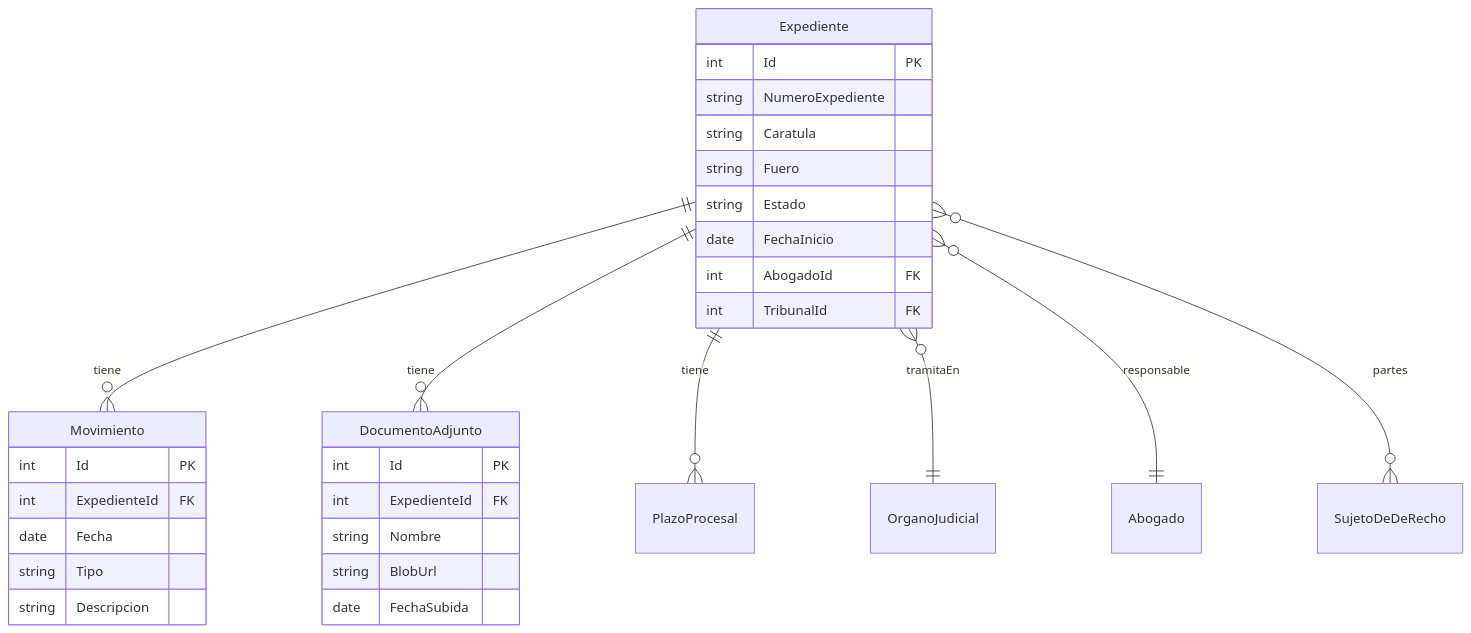
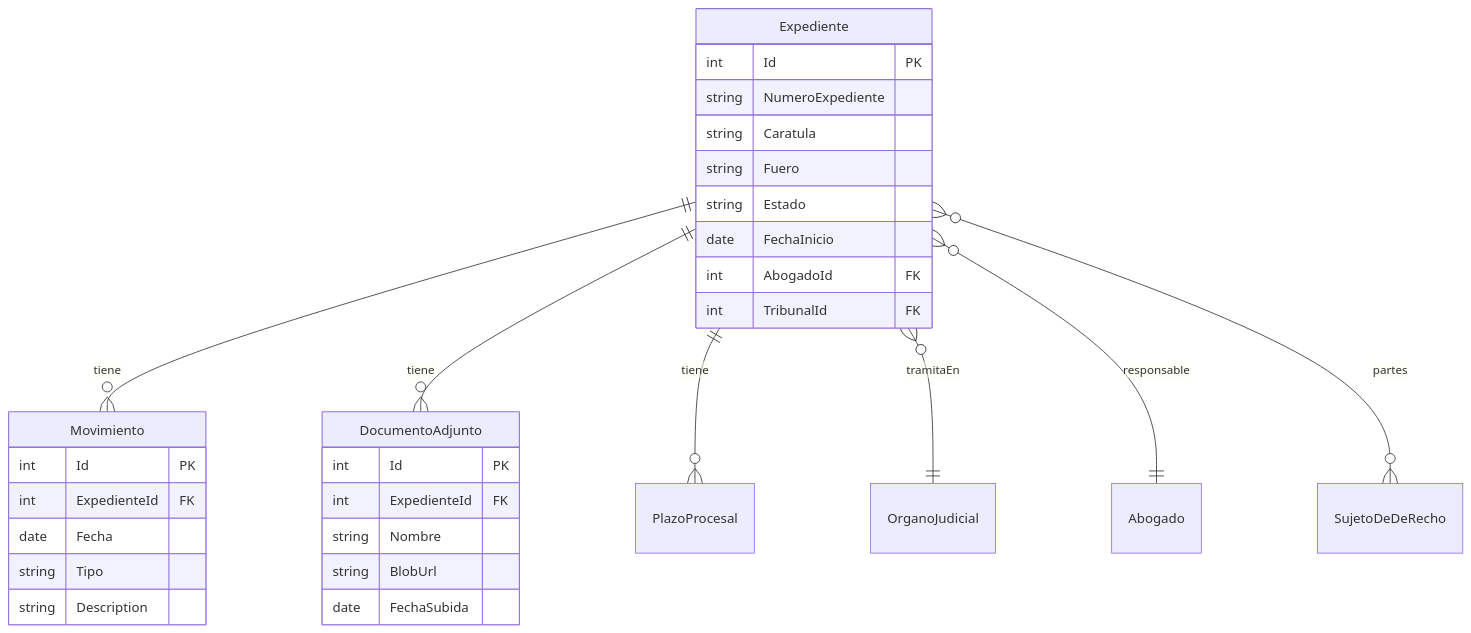
Before and after one commit to pablonux/legal-ai-ar: the diagram in docs/roadmap/F12 - Case File Management/F12 - W01 - Comprehensive Documentation.md, drawn with Mermaid. The commit also changed other lines of this file and 173 other files, not shown here.

````diff
--- a/docs/roadmap/F12 - Case File Management/F12 - W01 - Comprehensive Documentation.md
+++ b/docs/roadmap/F12 - Case File Management/F12 - W01 - Comprehensive Documentation.md
@@ -18,34 +18,34 @@
 ```mermaid
 erDiagram
     Expediente ||--o{ Movimiento : tiene
     Expediente ||--o{ DocumentoAdjunto : tiene
     Expediente ||--o{ PlazoProcesal : tiene
     Expediente }o--|| OrganoJudicial : tramitaEn
     Expediente }o--|| Abogado : responsable
     Expediente }o--o{ SujetoDeDeRecho : partes
 
     Expediente {
         int Id PK
         string NumeroExpediente
         string Caratula
         string Fuero
         string Estado
         date FechaInicio
         int AbogadoId FK
         int TribunalId FK
     }
     Movimiento {
         int Id PK
         int ExpedienteId FK
         date Fecha
         string Tipo
-        string Descripcion
+        string Description
     }
     DocumentoAdjunto {
         int Id PK
         int ExpedienteId FK
         string Nombre
         string BlobUrl
         date FechaSubida
     }
 ```
````
